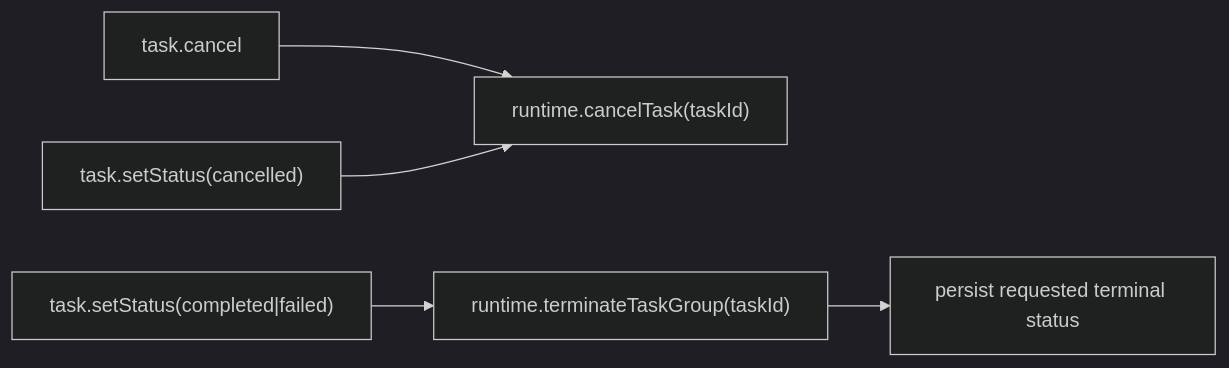
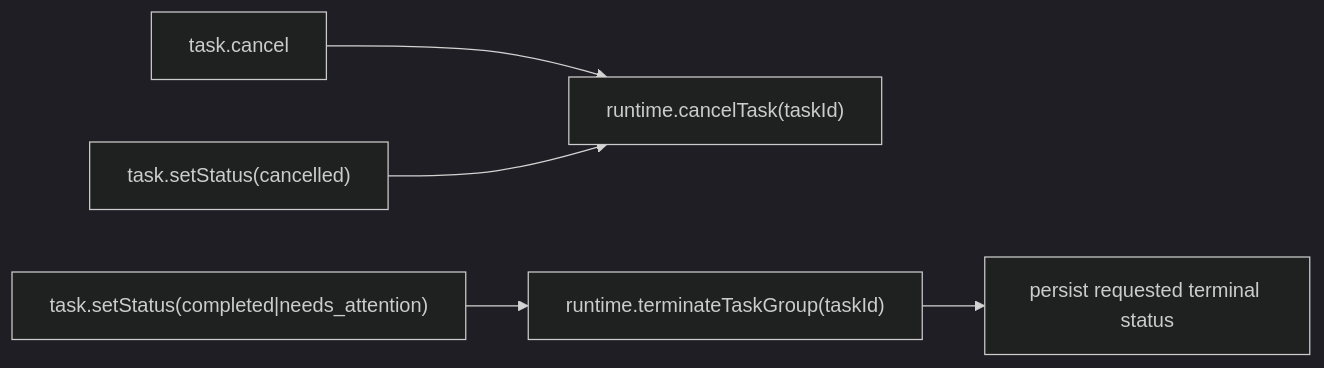
Before and after one commit to lsm/neokai: the second of 2 diagrams in docs/design/task-status-control-design.md, drawn with Mermaid (dark theme). The commit also changed other lines of this file and 32 other files, not shown here.

First line of the commit message:
feat: rename TaskStatus 'failed' to 'needs_attention' for semantic clarity

````diff
--- a/docs/design/task-status-control-design.md
+++ b/docs/design/task-status-control-design.md
@@ -90,7 +90,7 @@
 ```mermaid
 flowchart LR
     A["task.cancel"] --> B["runtime.cancelTask(taskId)"]
     C["task.setStatus(cancelled)"] --> B
-    D["task.setStatus(completed|failed)"] --> E["runtime.terminateTaskGroup(taskId)"]
+    D["task.setStatus(completed|needs_attention)"] --> E["runtime.terminateTaskGroup(taskId)"]
     E --> F["persist requested terminal status"]
 ```
````
